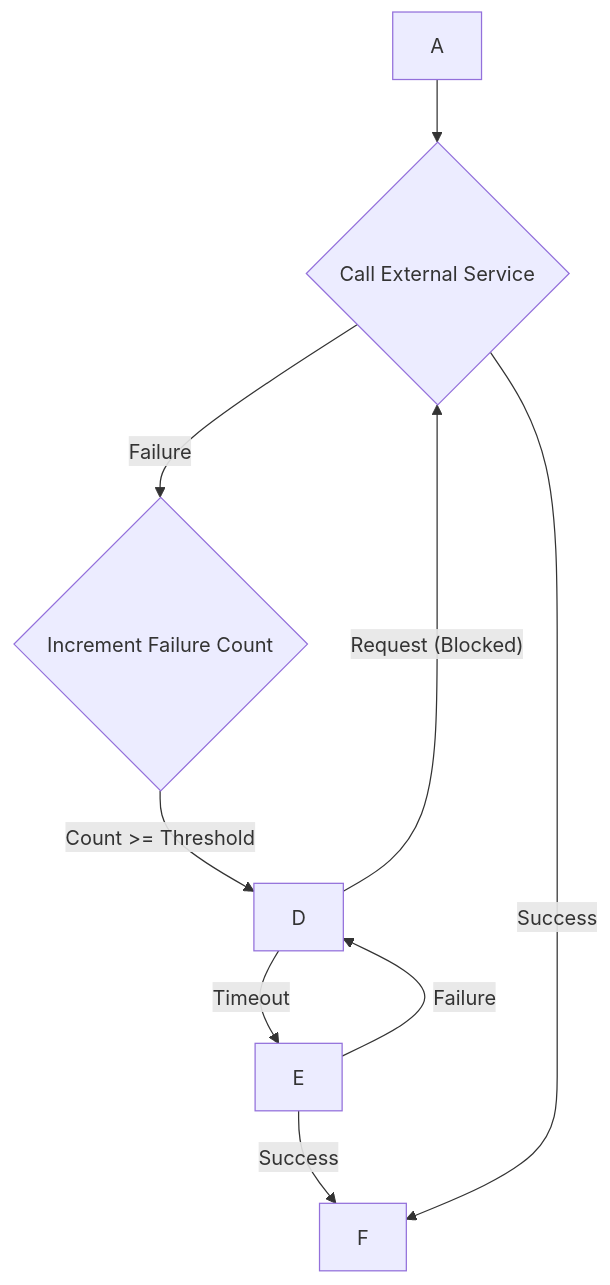
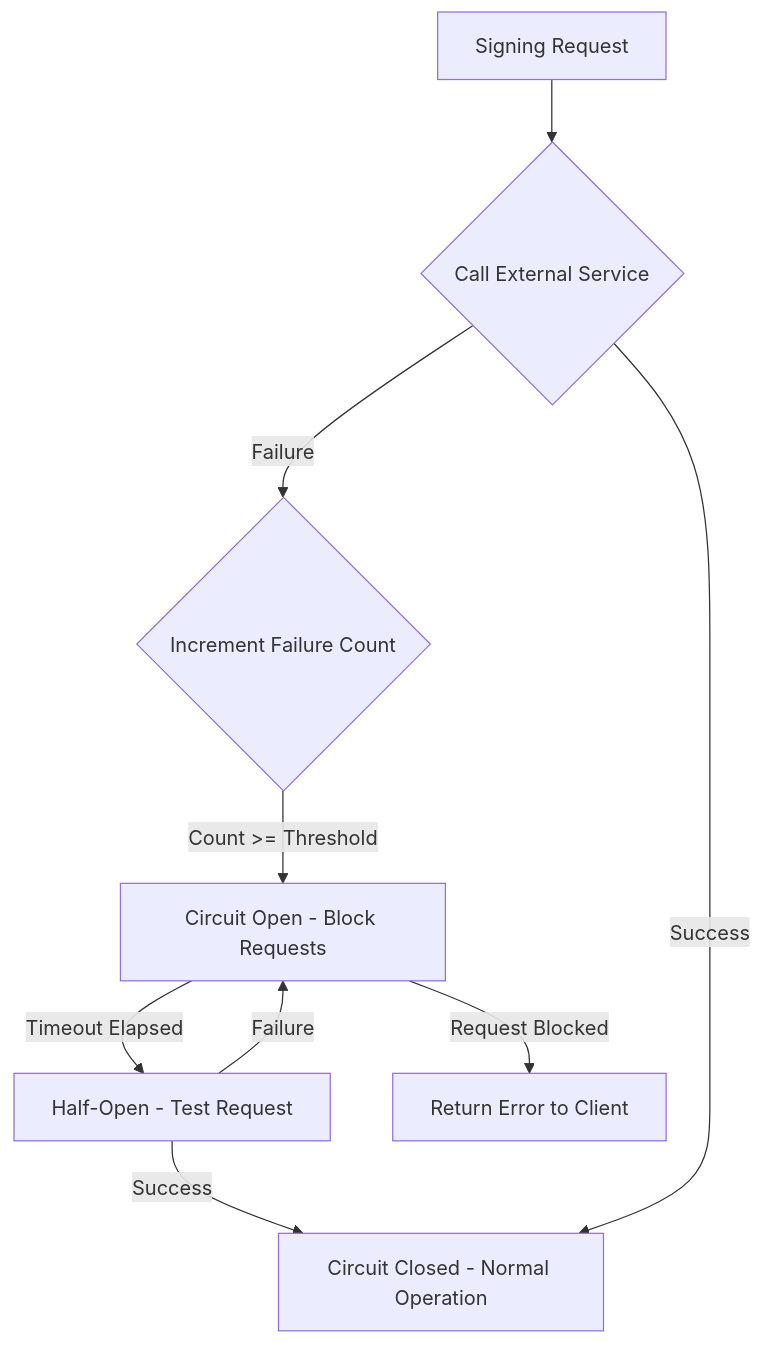
The second of 5 diagrams in Workplace/Interview/Blockchain/Posts/MPCWalletEngineer/Architecture/LinerSDR.md (ljg-cqu/knowledge), drawn with Mermaid before and after one commit. The commit also changed other lines of this file and 12 other files, not shown here.

First line of the commit message:
Refactor MPC Wallet Architecture Documentation

````diff
--- a/Workplace/Interview/Blockchain/Posts/MPCWalletEngineer/Architecture/LinerSDR.md
+++ b/Workplace/Interview/Blockchain/Posts/MPCWalletEngineer/Architecture/LinerSDR.md
@@ -213,11 +299,20 @@
 ```mermaid
+
 graph TD
-    A --> B{Call External Service}
+    A[Signing Request] --> B{Call External Service}
     B -- Failure --> C{Increment Failure Count}
-    C -- Count >= Threshold --> D
-    D -- Timeout --> E
-    E -- Success --> F
+    C -- Count >= Threshold --> D[Circuit Open - Block Requests]
+    D -- Timeout Elapsed --> E[Half-Open - Test Request]
+    E -- Success --> F[Circuit Closed - Normal Operation]
     E -- Failure --> D
     B -- Success --> F
-    D -- Request (Blocked) --> B
+    D -- Request Blocked --> G[Return Error to Client]
+
+
+
+
+
+
+
+
 ```
````
